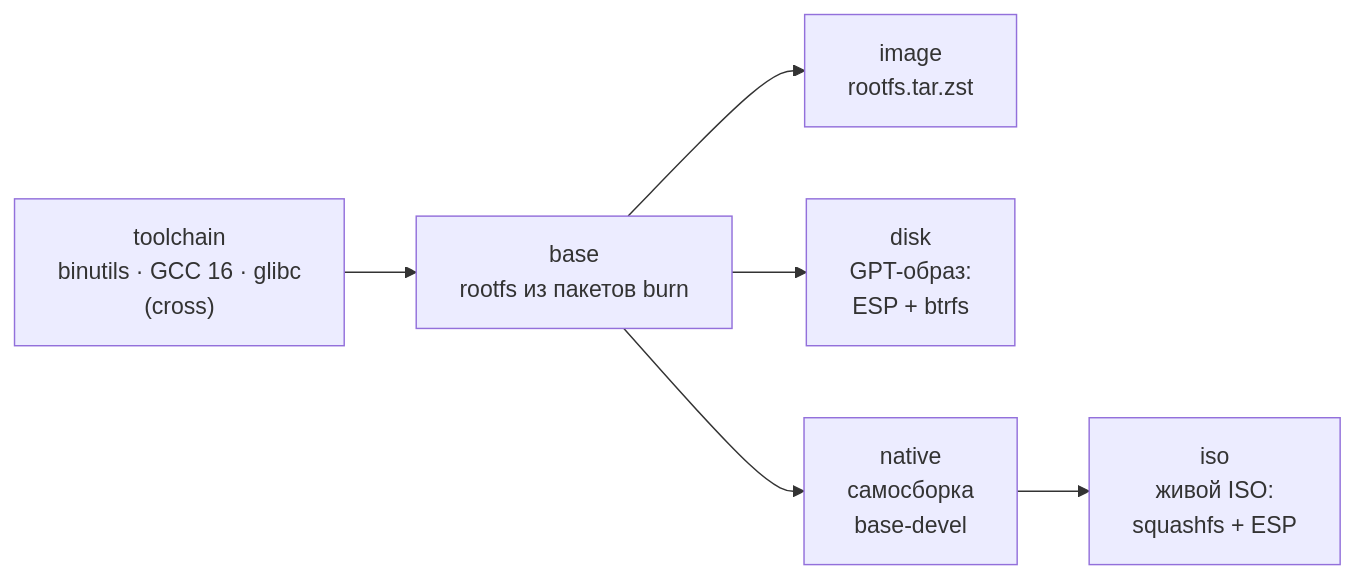
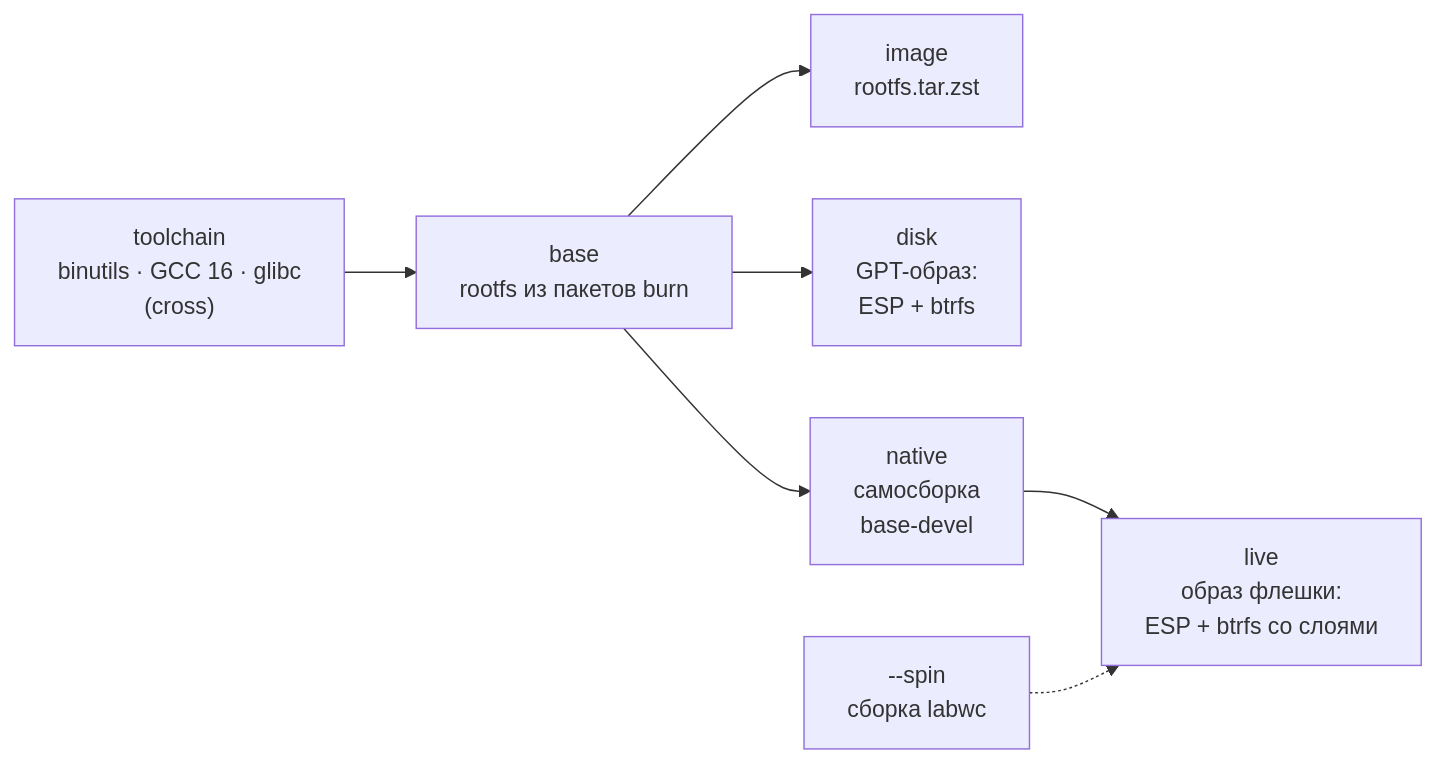
The third of 3 diagrams in README.md (vovawees/CleanLinux), drawn with Mermaid before and after one commit. The commit also changed other lines of this file and 23 other files, not shown here.

````diff
--- a/README.md
+++ b/README.md
@@ -248,8 +259,9 @@
 ```mermaid
 flowchart LR
     toolchain["toolchain<br/>binutils · GCC 16 · glibc<br/>(cross)"] --> base["base<br/>rootfs из пакетов burn"]
     base --> image["image<br/>rootfs.tar.zst"]
     base --> disk["disk<br/>GPT-образ:<br/>ESP + btrfs"]
     base --> native["native<br/>самосборка<br/>base-devel"]
-    native --> iso["iso<br/>живой ISO:<br/>squashfs + ESP"]
+    native --> live["live<br/>образ флешки:<br/>ESP + btrfs со слоями"]
+    spin["--spin<br/>сборка labwc"] -.-> live
 ```
````
